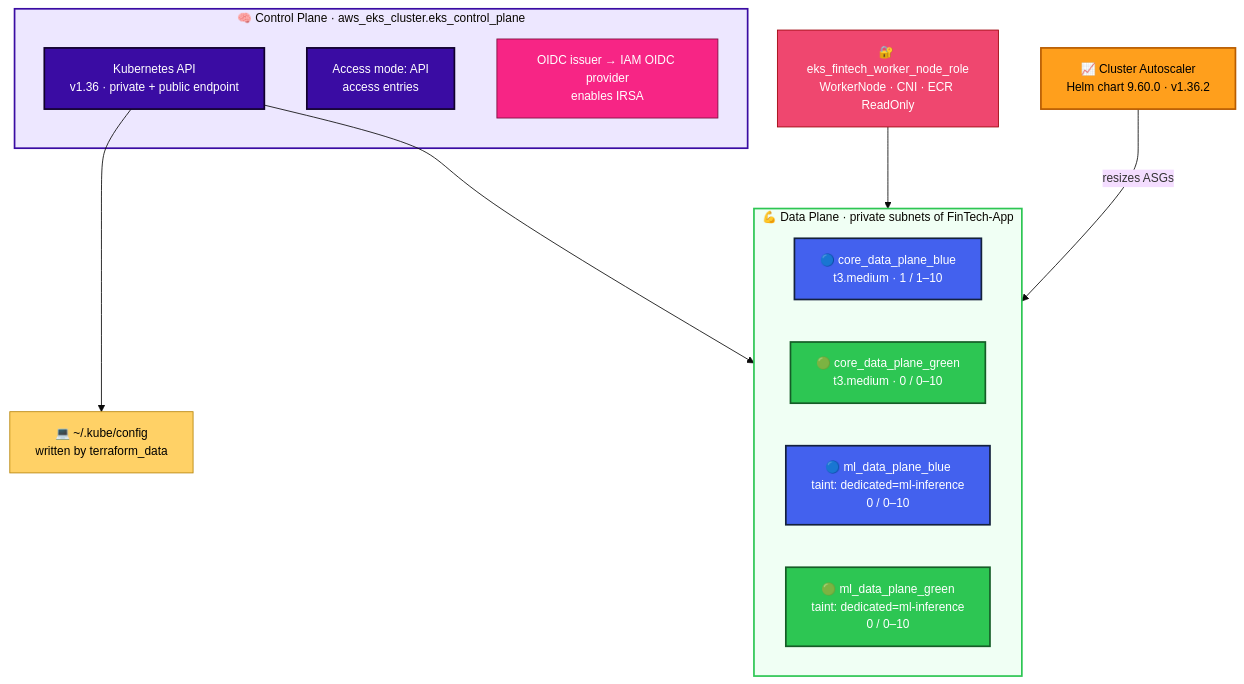
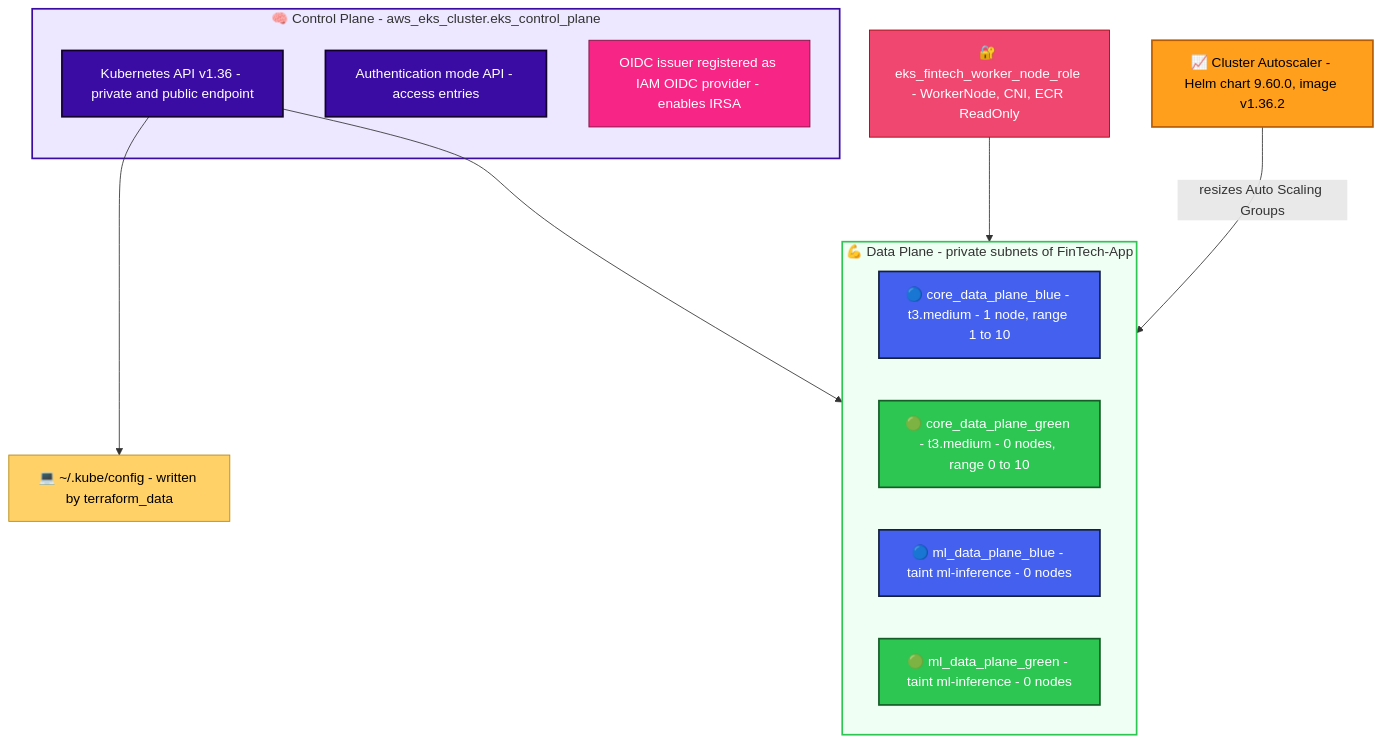
One commit to muntaha747/FinTech-Enterprise-Project changed the sixth of 12 diagrams in Terraform-FinTech-Infra/README.md. Above: the diagram before and after it, drawn with Mermaid. The commit also changed other lines of this file and 1 other file, not shown here.

Commit message:
Fix README Mermaid diagrams, add interview notes; drop duplicate root EKS access entry [skip CI]

````diff
--- a/Terraform-FinTech-Infra/README.md
+++ b/Terraform-FinTech-Infra/README.md
@@ -212,36 +241,35 @@
 ```mermaid
-%%{init: {'theme':'base','themeVariables':{'fontSize':'14px'}}}%%
 flowchart TB
-    subgraph CP["🧠 Control Plane · aws_eks_cluster.eks_control_plane"]
-        API[Kubernetes API<br/>v1.36 · private + public endpoint]:::cp
-        AUTH[Access mode: API<br/>access entries]:::cp
-        OIDC[OIDC issuer → IAM OIDC provider<br/>enables IRSA]:::oidc
+    subgraph CP["🧠 Control Plane - aws_eks_cluster.eks_control_plane"]
+        API["Kubernetes API v1.36 - private and public endpoint"]:::cp
+        AUTH["Authentication mode API - access entries"]:::cp
+        OIDCP["OIDC issuer registered as IAM OIDC provider - enables IRSA"]:::oidc
     end
 
-    subgraph DP["💪 Data Plane · private subnets of FinTech-App"]
+    subgraph DP["💪 Data Plane - private subnets of FinTech-App"]
         direction LR
-        CB[🔵 core_data_plane_blue<br/>t3.medium · 1 / 1–10]:::blue
-        CG[🟢 core_data_plane_green<br/>t3.medium · 0 / 0–10]:::green
-        MB[🔵 ml_data_plane_blue<br/>taint: dedicated=ml-inference<br/>0 / 0–10]:::blue
-        MG[🟢 ml_data_plane_green<br/>taint: dedicated=ml-inference<br/>0 / 0–10]:::green
+        CB["🔵 core_data_plane_blue - t3.medium - 1 node, range 1 to 10"]:::blue
+        CG["🟢 core_data_plane_green - t3.medium - 0 nodes, range 0 to 10"]:::green
+        MB["🔵 ml_data_plane_blue - taint ml-inference - 0 nodes"]:::blue
+        MG["🟢 ml_data_plane_green - taint ml-inference - 0 nodes"]:::green
     end
 
-    ROLE[🔐 eks_fintech_worker_node_role<br/>WorkerNode · CNI · ECR ReadOnly]:::iam
-    CA[📈 Cluster Autoscaler<br/>Helm chart 9.60.0 · v1.36.2]:::ca
-    KC[💻 ~/.kube/config<br/>written by terraform_data]:::kc
+    ROLE["🔐 eks_fintech_worker_node_role - WorkerNode, CNI, ECR ReadOnly"]:::iam
+    CA["📈 Cluster Autoscaler - Helm chart 9.60.0, image v1.36.2"]:::ca
+    KC["💻 ~/.kube/config - written by terraform_data"]:::kc
 
     API --> DP
     ROLE --> DP
-    CA -- resizes ASGs --> DP
+    CA -->|"resizes Auto Scaling Groups"| DP
     API --> KC
 
     classDef cp    fill:#3A0CA3,stroke:#10002B,color:#fff,stroke-width:2px
     classDef oidc  fill:#F72585,stroke:#7A0E3E,color:#fff
     classDef blue  fill:#4361EE,stroke:#14213D,color:#fff,stroke-width:2px
     classDef green fill:#2DC653,stroke:#155D27,color:#fff,stroke-width:2px
     classDef iam   fill:#EF476F,stroke:#9D0208,color:#fff
     classDef ca    fill:#FF9F1C,stroke:#B85C00,color:#000,stroke-width:2px
     classDef kc    fill:#FFD166,stroke:#B8860B,color:#000
     style CP fill:#EDE7FF,stroke:#3A0CA3,stroke-width:2px
     style DP fill:#F0FFF4,stroke:#2DC653,stroke-width:2px
 ```
````
